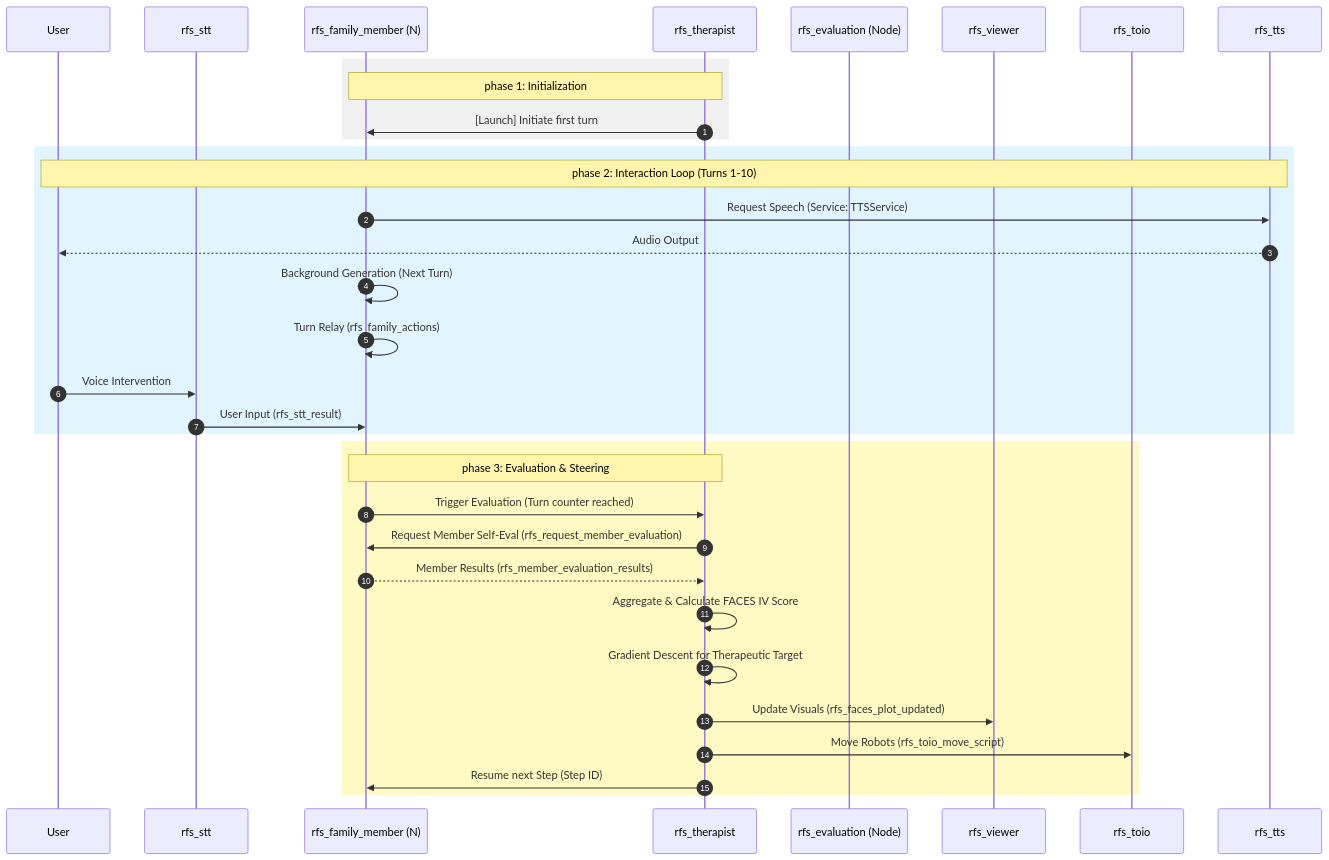
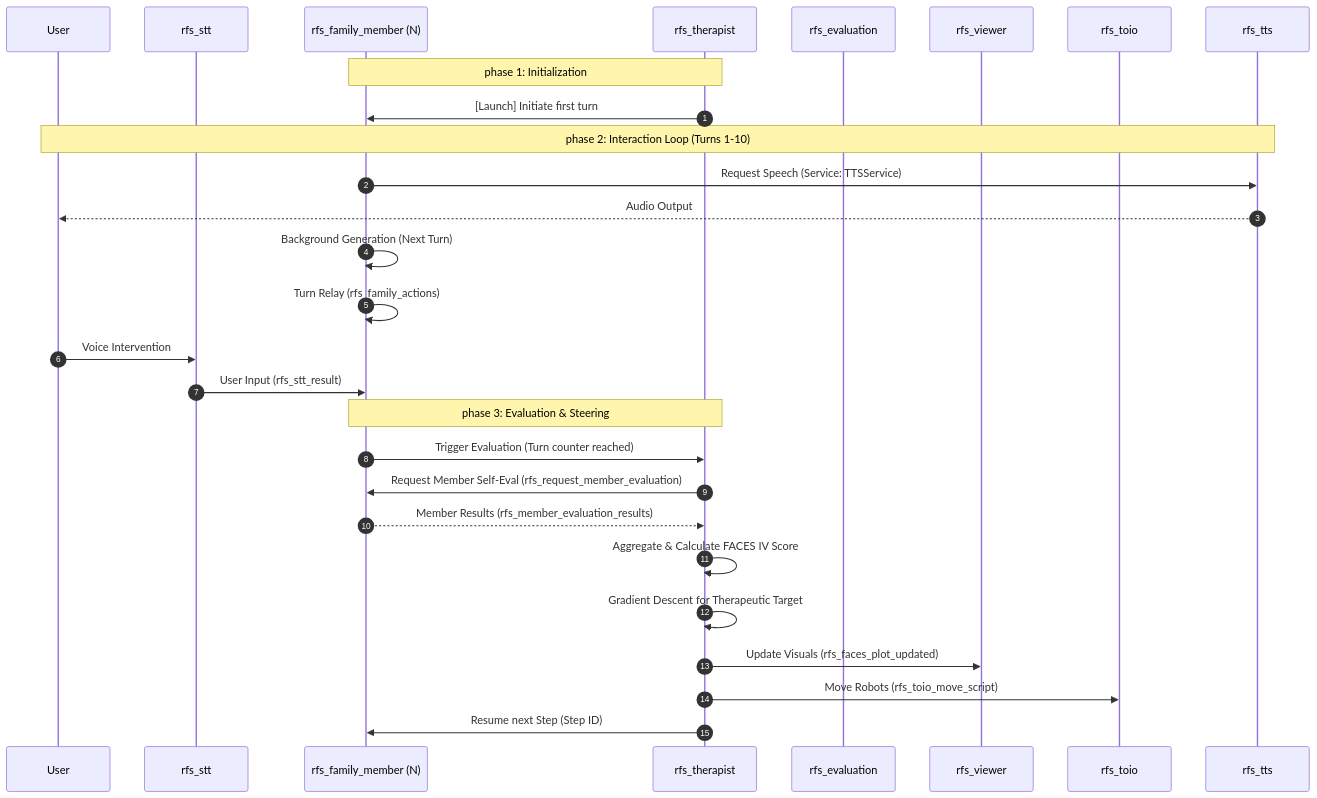
The diagram in README.md (robotaichi/rfs), drawn with Mermaid before and after one commit. The commit also changed other lines of this file, not shown here.

Commit message:
Color-code sequence diagram by node with high contrast

````diff
--- a/README.md
+++ b/README.md
@@ -18,39 +18,35 @@
 ```mermaid
 sequenceDiagram
     autonumber
+    
+    %% Participant Definitions with High-Contrast Colors
     participant User
-    participant STT as rfs_stt
-    participant Fam as rfs_family_member (N)
-    participant Ther as rfs_therapist
-    participant Eval as rfs_evaluation (Node)
-    participant Plot as rfs_viewer
-    participant Toio as rfs_toio
-    participant TTS as rfs_tts
+    participant STT as rfs_stt #64B5F6
+    participant Fam as rfs_family_member (N) #81C784
+    participant Ther as rfs_therapist #FFD54F
+    participant Eval as rfs_evaluation #BA68C8
+    participant Plot as rfs_viewer #BA68C8
+    participant Toio as rfs_toio #64B5F6
+    participant TTS as rfs_tts #64B5F6
 
-    rect rgb(240, 240, 240)
     Note over Ther, Fam: phase 1: Initialization
     Ther->>Fam: [Launch] Initiate first turn
-    end
     
-    rect rgb(225, 245, 254)
     Note over User, TTS: phase 2: Interaction Loop (Turns 1-10)
     Fam->>TTS: Request Speech (Service: TTSService)
     TTS-->>User: Audio Output
     Fam->>Fam: Background Generation (Next Turn)
     Fam->>Fam: Turn Relay (rfs_family_actions)
     User->>STT: Voice Intervention
     STT->>Fam: User Input (rfs_stt_result)
-    end
     
-    rect rgb(255, 249, 196)
     Note over Fam, Ther: phase 3: Evaluation & Steering
     Fam->>Ther: Trigger Evaluation (Turn counter reached)
     Ther->>Fam: Request Member Self-Eval (rfs_request_member_evaluation)
     Fam-->>Ther: Member Results (rfs_member_evaluation_results)
     Ther->>Ther: Aggregate & Calculate FACES IV Score
     Ther->>Ther: Gradient Descent for Therapeutic Target
     Ther->>Plot: Update Visuals (rfs_faces_plot_updated)
     Ther->>Toio: Move Robots (rfs_toio_move_script)
     Ther->>Fam: Resume next Step (Step ID)
-    end
 ```
````
